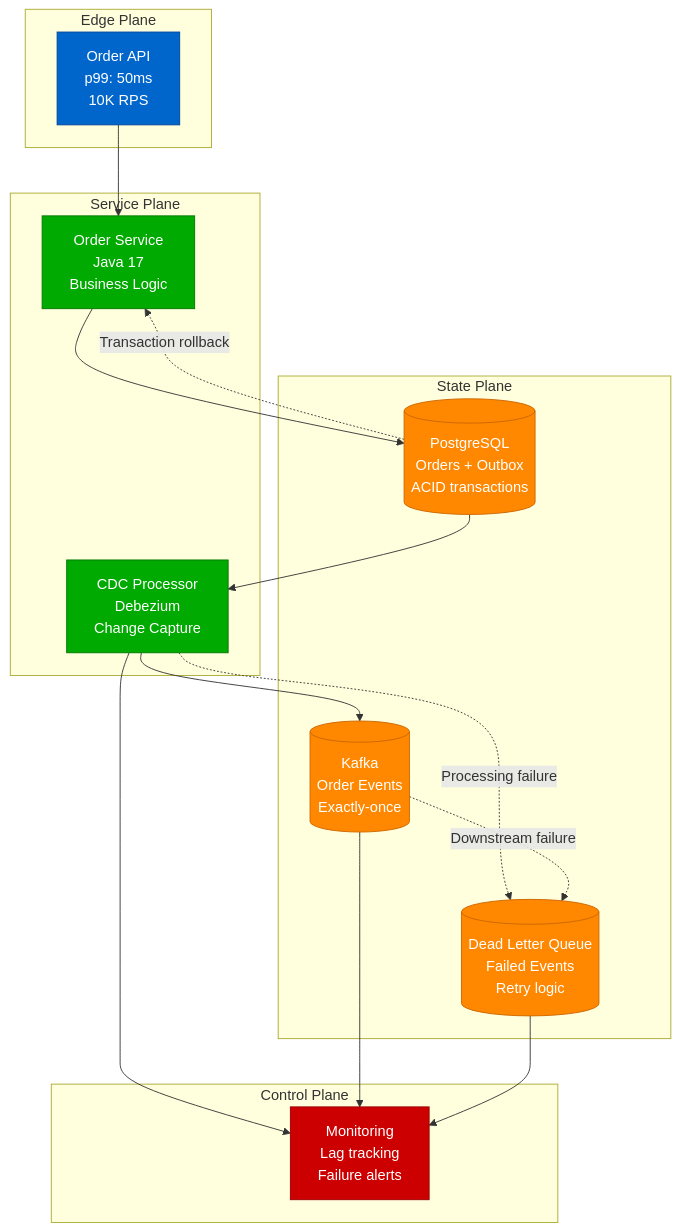
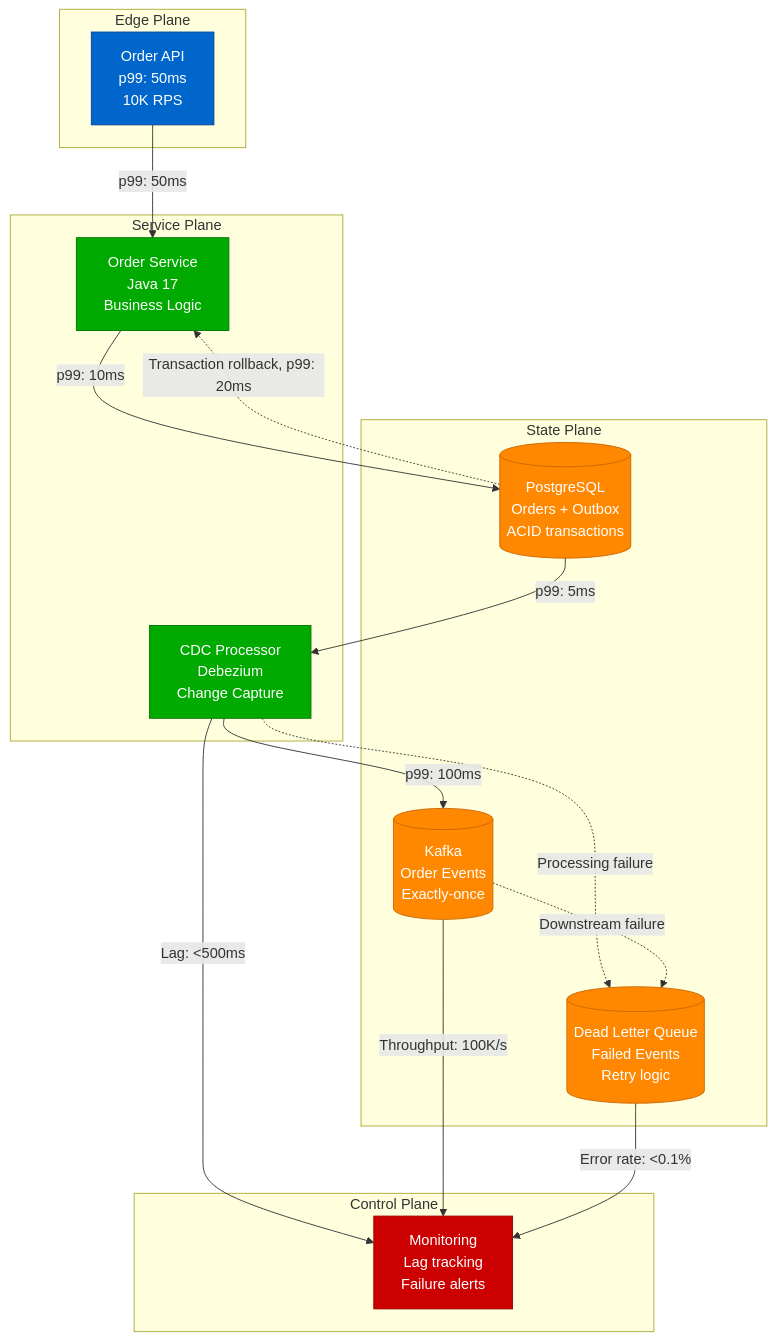
The first of 12 diagrams in site/docs/patterns/micro-patterns.md (deepaucksharma/DS), drawn with Mermaid before and after one commit. The commit also changed other lines of this file and 108 other files, not shown here.

````diff
--- a/site/docs/patterns/micro-patterns.md
+++ b/site/docs/patterns/micro-patterns.md
@@ -29,47 +29,47 @@
 ```mermaid
 graph TB
     subgraph EdgePlane[Edge Plane]
         API[Order API<br/>p99: 50ms<br/>10K RPS]
     end
 
     subgraph ServicePlane[Service Plane]
         ORDER[Order Service<br/>Java 17<br/>Business Logic]
         CDC[CDC Processor<br/>Debezium<br/>Change Capture]
     end
 
     subgraph StatePlane[State Plane]
         DB[(PostgreSQL<br/>Orders + Outbox<br/>ACID transactions)]
         STREAM[(Kafka<br/>Order Events<br/>Exactly-once)]
         DLQ[(Dead Letter Queue<br/>Failed Events<br/>Retry logic)]
     end
 
     subgraph ControlPlane[Control Plane]
         MON[Monitoring<br/>Lag tracking<br/>Failure alerts]
     end
 
     %% Normal flow
-    API --> ORDER
-    ORDER --> DB
-    DB --> CDC
-    CDC --> STREAM
+    API -->|p99: 50ms| ORDER
+    ORDER -->|p99: 10ms| DB
+    DB -->|p99: 5ms| CDC
+    CDC -->|p99: 100ms| STREAM
 
     %% Failure scenarios
     CDC -.->|Processing failure| DLQ
     STREAM -.->|Downstream failure| DLQ
-    DB -.->|Transaction rollback| ORDER
+    DB -.->|Transaction rollback, p99: 20ms| ORDER
 
     %% Monitoring
-    CDC --> MON
-    STREAM --> MON
-    DLQ --> MON
+    CDC -->|Lag: <500ms| MON
+    STREAM -->|Throughput: 100K/s| MON
+    DLQ -->|Error rate: <0.1%| MON
 
     classDef edgeStyle fill:#0066CC,stroke:#004499,color:#fff
     classDef serviceStyle fill:#00AA00,stroke:#007700,color:#fff
     classDef stateStyle fill:#FF8800,stroke:#CC6600,color:#fff
     classDef controlStyle fill:#CC0000,stroke:#990000,color:#fff
 
     class API edgeStyle
     class ORDER,CDC serviceStyle
     class DB,STREAM,DLQ stateStyle
     class MON controlStyle
 ```
````
